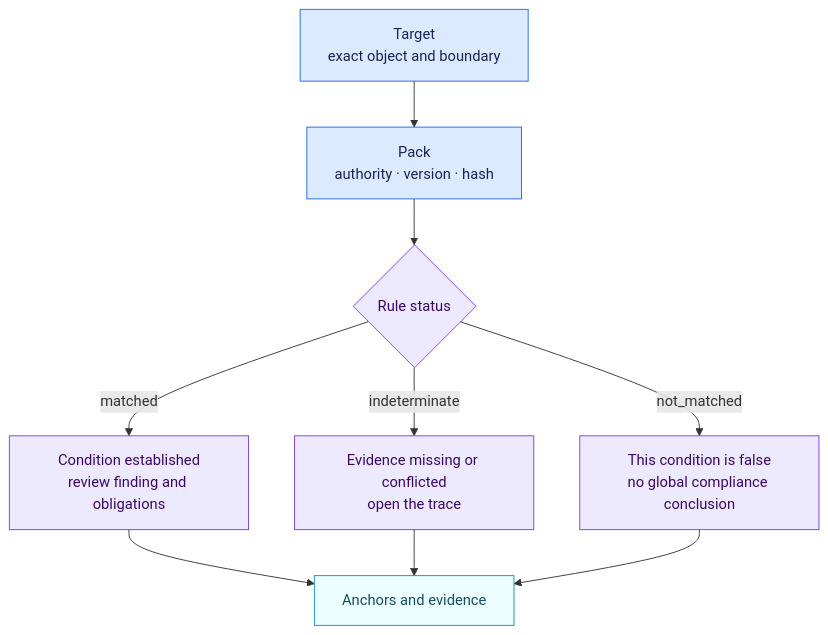
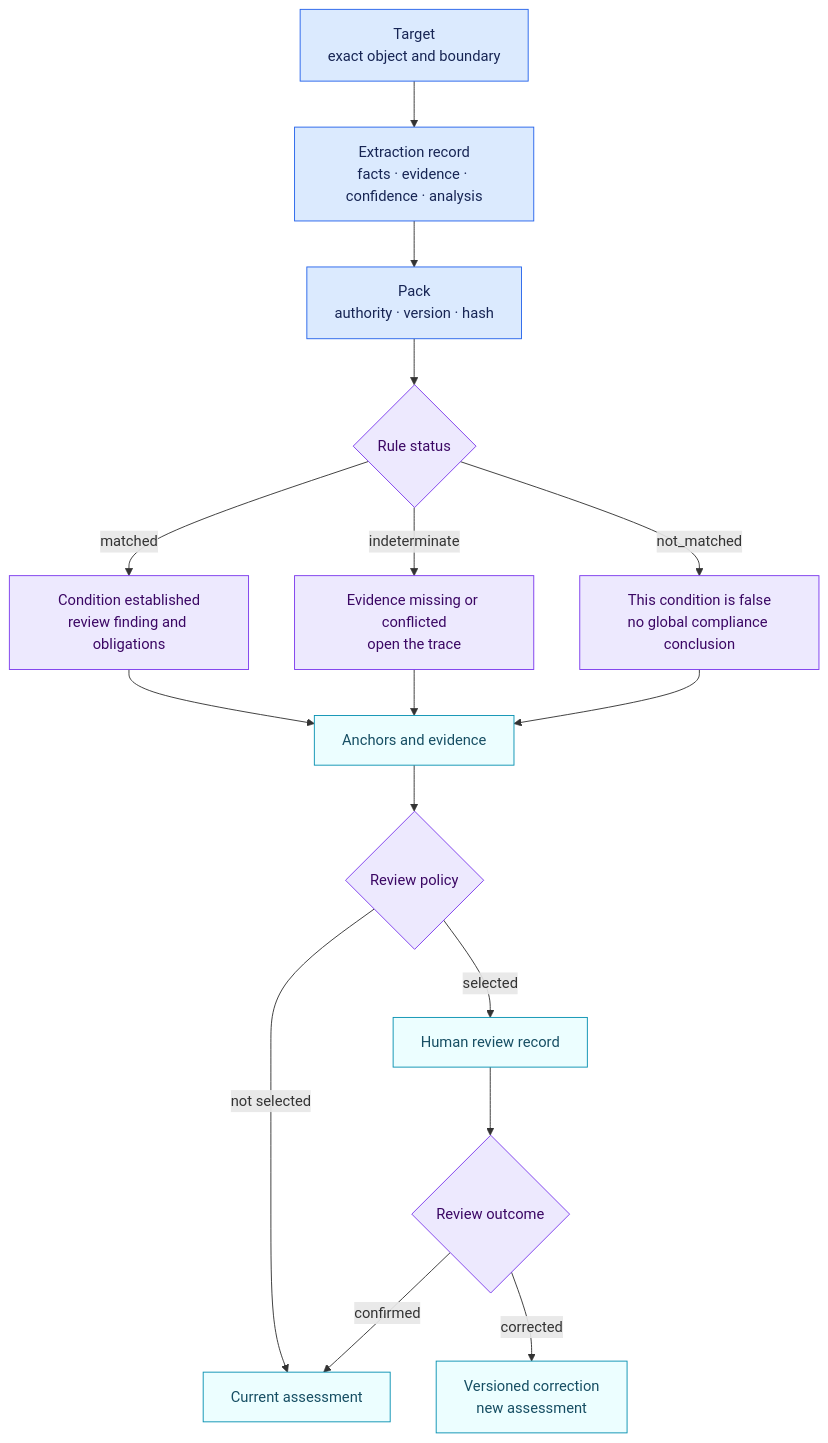
One commit to NickChaps/Open-AIRS changed the diagram in docs/en/reading-an-assessment.md. Above: the diagram before and after it, drawn with Mermaid. The commit also changed other lines of this file and 41 other files, not shown here.

Commit message:
feat: add auditable extraction and sampled review

````diff
--- a/docs/en/reading-an-assessment.md
+++ b/docs/en/reading-an-assessment.md
@@ -5,18 +5,25 @@
 ```mermaid
 flowchart TB
-    T["Target<br/>exact object and boundary"] --> P["Pack<br/>authority · version · hash"]
+    T["Target<br/>exact object and boundary"] --> X["Extraction record<br/>facts · evidence · confidence · analysis"]
+    X --> P["Pack<br/>authority · version · hash"]
     P --> S{"Rule status"}
     S -->|"matched"| M["Condition established<br/>review finding and obligations"]
     S -->|"indeterminate"| U["Evidence missing or conflicted<br/>open the trace"]
     S -->|"not_matched"| N["This condition is false<br/>no global compliance conclusion"]
     M --> A["Anchors and evidence"]
     U --> A
     N --> A
+    A --> Q{"Review policy"}
+    Q -->|"selected"| H["Human review record"]
+    Q -->|"not selected"| C["Current assessment"]
+    H --> D{"Review outcome"}
+    D -->|"confirmed"| C
+    D -->|"corrected"| V["Versioned correction<br/>new assessment"]
 
     classDef identity fill:#dbeafe,stroke:#2563eb,color:#172554
     classDef status fill:#ede9fe,stroke:#7c3aed,color:#3b0764
     classDef trace fill:#ecfeff,stroke:#0891b2,color:#164e63
-    class T,P identity
-    class S,M,U,N status
-    class A trace
+    class T,X,P identity
+    class S,M,U,N,Q,D status
+    class A,H,C,V trace
 ```
````
